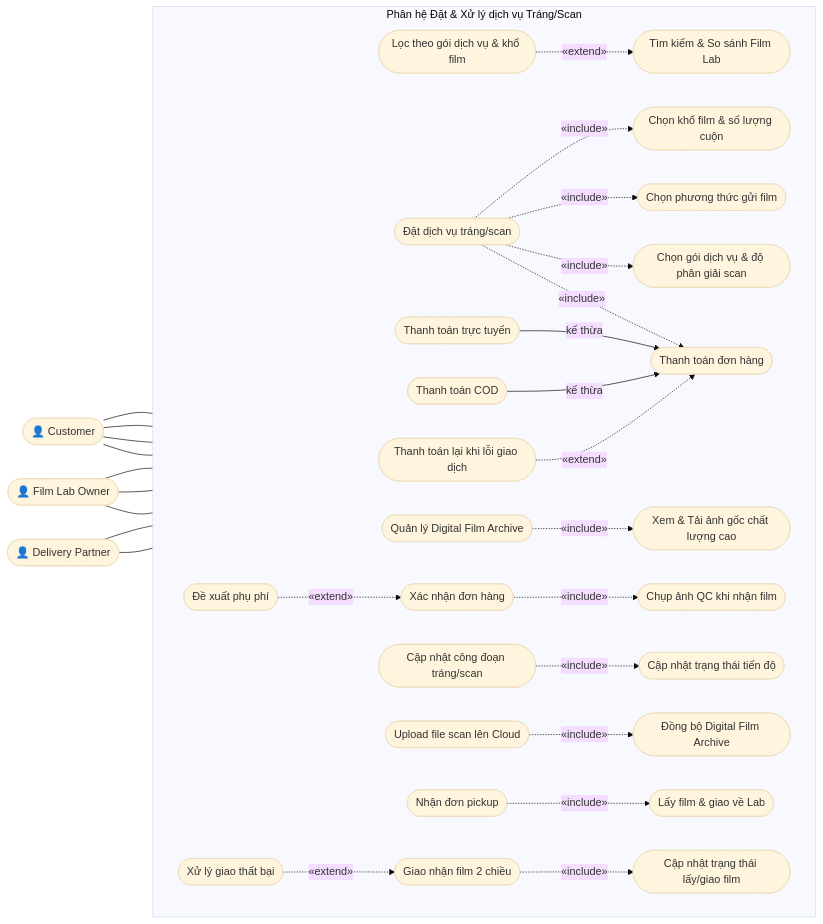
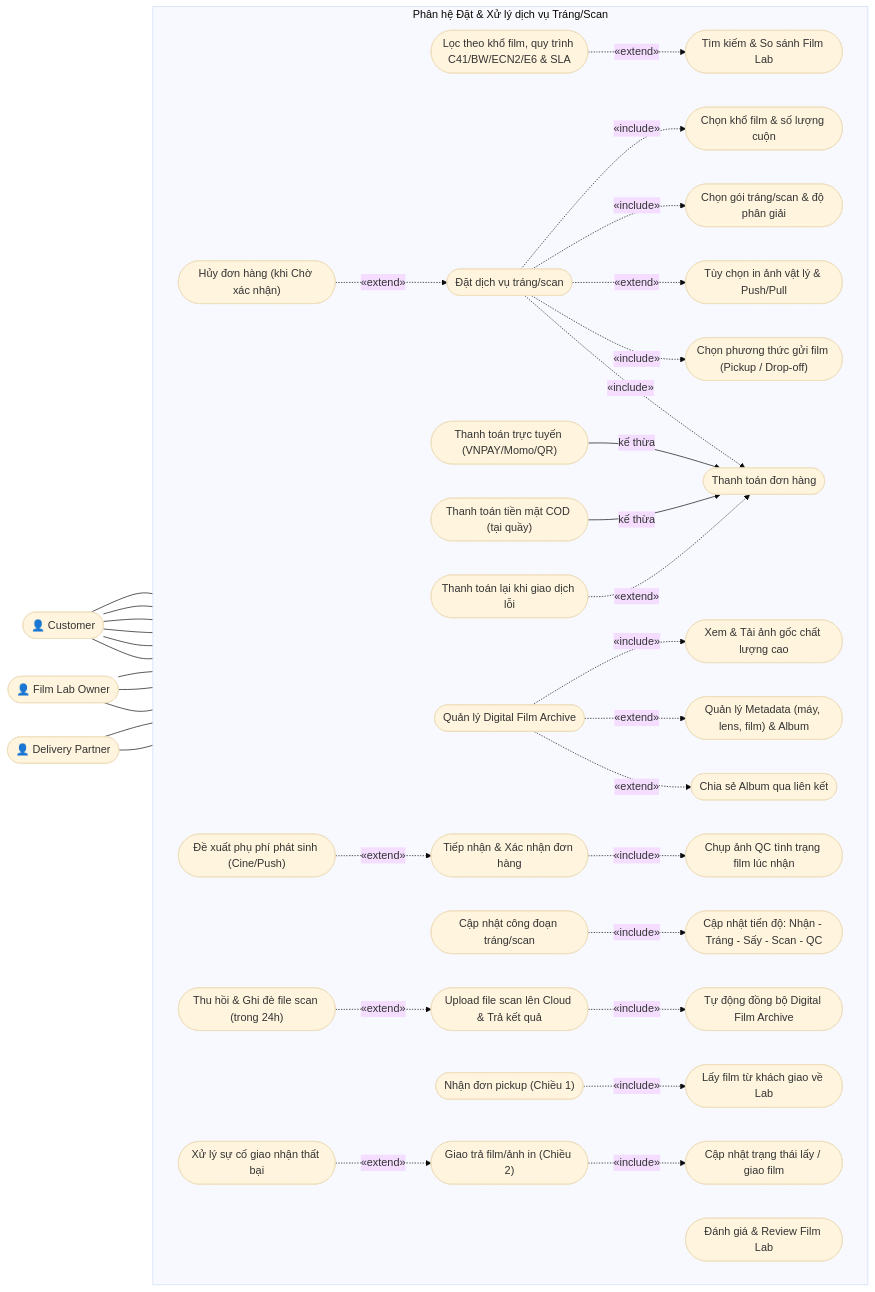
The second of 6 diagrams in doc/week 2/so-do-chuc-nang-nghiep-vu.md (huylamnhat/Photographer-enthusiastic-environment), drawn with Mermaid (base theme) before and after one commit. The commit also changed other lines of this file and 2 other files, not shown here.

```diff
--- a/doc/week 2/so-do-chuc-nang-nghiep-vu.md
+++ b/doc/week 2/so-do-chuc-nang-nghiep-vu.md
@@ -70,58 +88,80 @@
         direction LR
         %% Customer
         S1(["Tìm kiếm & So sánh Film Lab"])
-        S1a(["Lọc theo gói dịch vụ & khổ film"])
+        S1a(["Lọc theo khổ film, quy trình C41/BW/ECN2/E6 & SLA"])
+        
         S2(["Đặt dịch vụ tráng/scan"])
         S2a(["Chọn khổ film & số lượng cuộn"])
-        S2b(["Chọn phương thức gửi film"])
-        S2c(["Chọn gói dịch vụ & độ phân giải scan"])
+        S2b(["Chọn gói tráng/scan & độ phân giải"])
+        S2c(["Tùy chọn in ảnh vật lý & Push/Pull"])
+        S2d(["Chọn phương thức gửi film (Pickup / Drop-off)"])
+        
         S3(["Thanh toán đơn hàng"])
-        S3a(["Thanh toán trực tuyến"])
-        S3b(["Thanh toán COD"])
-        S3c(["Thanh toán lại khi lỗi giao dịch"])
-        S4(["Quản lý Digital Film Archive"])
-        S4a(["Xem & Tải ảnh gốc chất lượng cao"])
+        S3a(["Thanh toán trực tuyến (VNPAY/Momo/QR)"])
+        S3b(["Thanh toán tiền mặt COD (tại quầy)"])
+        S3c(["Thanh toán lại khi giao dịch lỗi"])
+        
+        S4(["Hủy đơn hàng (khi Chờ xác nhận)"])
+        
+        S5(["Quản lý Digital Film Archive"])
+        S5a(["Xem & Tải ảnh gốc chất lượng cao"])
+        S5b(["Quản lý Metadata (máy, lens, film) & Album"])
+        S5c(["Chia sẻ Album qua liên kết"])
+        
+        S6(["Đánh giá & Review Film Lab"])
 
         %% Film Lab Owner
-        L1(["Xác nhận đơn hàng"])
-        L1a(["Chụp ảnh QC khi nhận film"])
-        L1b(["Đề xuất phụ phí"])
+        L1(["Tiếp nhận & Xác nhận đơn hàng"])
+        L1a(["Chụp ảnh QC tình trạng film lúc nhận"])
+        L1b(["Đề xuất phụ phí phát sinh (Cine/Push)"])
+        
         L2(["Cập nhật công đoạn tráng/scan"])
-        L2a(["Cập nhật trạng thái tiến độ"])
-        L3(["Upload file scan lên Cloud"])
-        L3a(["Đồng bộ Digital Film Archive"])
+        L2a(["Cập nhật tiến độ: Nhận - Tráng - Sấy - Scan - QC"])
+        
+        L3(["Upload file scan lên Cloud & Trả kết quả"])
+        L3a(["Tự động đồng bộ Digital Film Archive"])
+        L3b(["Thu hồi & Ghi đè file scan (trong 24h)"])
 
         %% Delivery Partner
-        D1(["Nhận đơn pickup"])
-        D1a(["Lấy film & giao về Lab"])
-        D2(["Giao nhận film 2 chiều"])
-        D2a(["Cập nhật trạng thái lấy/giao film"])
-        D2b(["Xử lý giao thất bại"])
+        D1(["Nhận đơn pickup (Chiều 1)"])
+        D1a(["Lấy film từ khách giao về Lab"])
+        
+        D2(["Giao trả film/ảnh in (Chiều 2)"])
+        D2a(["Cập nhật trạng thái lấy / giao film"])
+        D2b(["Xử lý sự cố giao nhận thất bại"])
     end
 
-    %% Actor - use case
-    CUS --- S1 & S2 & S3 & S4
+    %% Actor - Use Case
+    CUS --- S1 & S2 & S3 & S4 & S5 & S6
     LAB --- L1 & L2 & L3
     DEL --- D1 & D2
 
-    %% Customer: quan hệ
+    %% Customer Relationships
     S1a -.->|«extend»| S1
     S2 -.->|«include»| S2a
     S2 -.->|«include»| S2b
-    S2 -.->|«include»| S2c
+    S2 -.->|«extend»| S2c
+    S2 -.->|«include»| S2d
     S2 -.->|«include»| S3
+    
     S3a -->|kế thừa| S3
     S3b -->|kế thừa| S3
     S3c -.->|«extend»| S3
-    S4 -.->|«include»| S4a
+    
+    S4 -.->|«extend»| S2
+    
+    S5 -.->|«include»| S5a
+    S5 -.->|«extend»| S5b
+    S5 -.->|«extend»| S5c
 
-    %% Film Lab Owner: quan hệ
+    %% Film Lab Relationships
     L1 -.->|«include»| L1a
     L1b -.->|«extend»| L1
     L2 -.->|«include»| L2a
     L3 -.->|«include»| L3a
+    L3b -.->|«extend»| L3
 
-    %% Delivery Partner: quan hệ
+    %% Delivery Relationships
     D1 -.->|«include»| D1a
     D2 -.->|«include»| D2a
     D2b -.->|«extend»| D2
```
